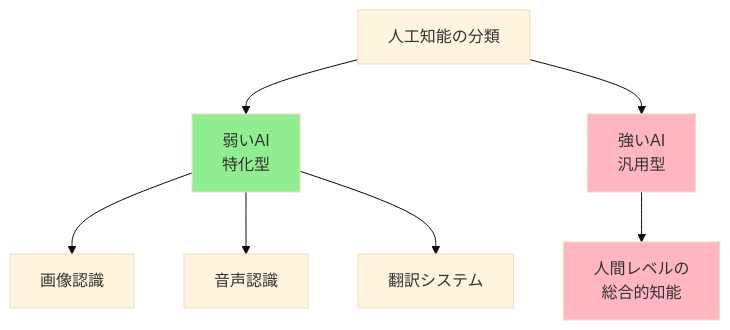
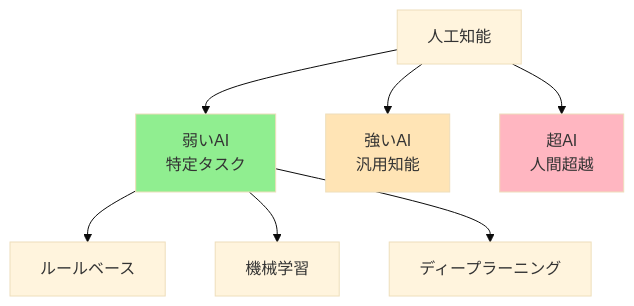
Before and after one commit to SparklingDetergent/doc_genai_mental_model: the second of 8 diagrams in AI/Structure.Md, drawn with Mermaid (base theme). The commit also changed other lines of this file, not shown here.

````diff
--- a/AI/Structure.Md
+++ b/AI/Structure.Md
@@ -21,16 +63,14 @@
 ```mermaid
 graph TD
-    A[人工知能の分類] --> B[弱いAI<br/>特化型]
-    A --> C[強いAI<br/>汎用型]
-    B --> D[画像認識]
-    B --> E[音声認識]
-    B --> F[翻訳システム]
-    C --> G[人間レベルの<br/>総合的知能]
+    A[人工知能] --> B[弱いAI<br/>特定タスク]
+    A --> C[強いAI<br/>汎用知能]
+    A --> D[超AI<br/>人間超越]
+    
+    B --> E[ルールベース]
+    B --> F[機械学習]
+    B --> G[ディープラーニング]
     
     style B fill:#90EE90
-    style C fill:#FFB6C1
-    style G fill:#FFB6C1
-    
-    classDef current fill:#90EE90
-    classDef future fill:#FFB6C1
+    style C fill:#FFE4B5
+    style D fill:#FFB6C1
 ```
````
